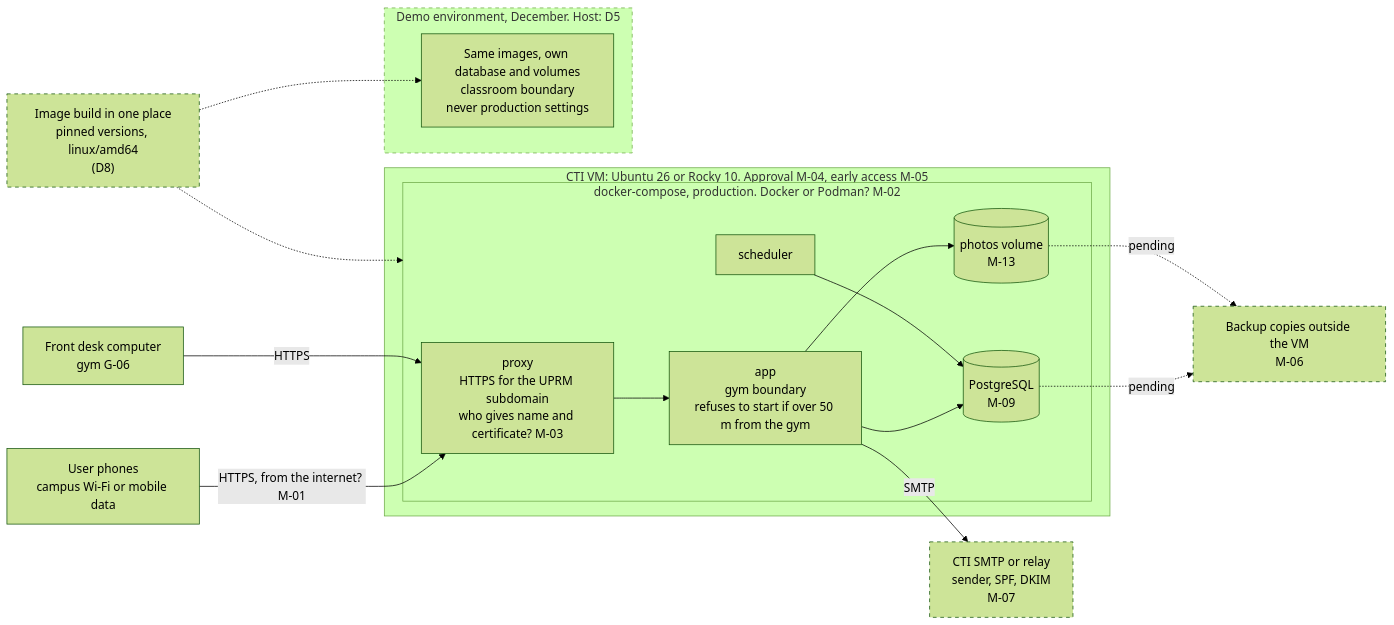
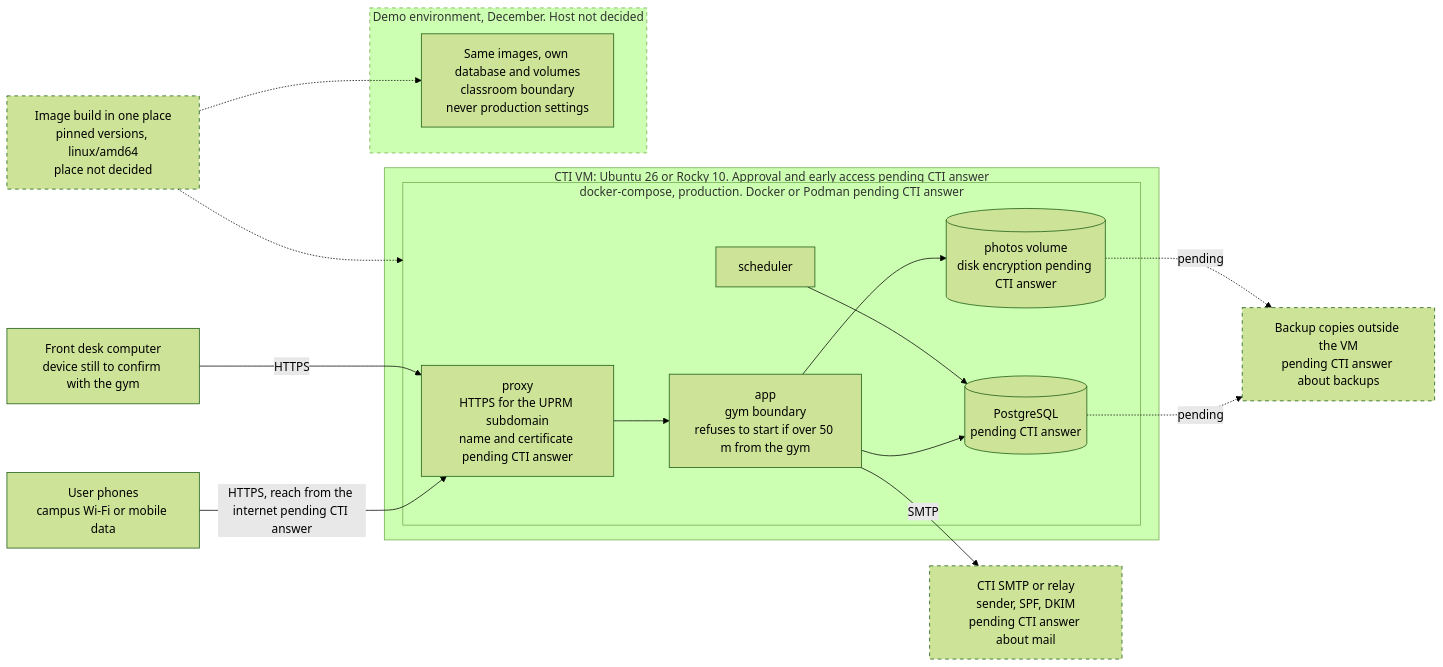
The fourth of 5 diagrams in docs/design/architecture.md (Th3-Minorities/natatorio-gym-app), drawn with Mermaid (forest theme) before and after one commit. The commit also changed other lines of this file, not shown here.

Commit message:
Label each architecture diagram and move IDs out of the diagrams

````diff
--- a/docs/design/architecture.md
+++ b/docs/design/architecture.md
@@ -132,38 +149,38 @@
 ```mermaid
 flowchart LR
   PHN["User phones<br/>campus Wi-Fi or mobile data"]
-  DESK["Front desk computer<br/>gym G-06"]
-  BUILD["Image build in one place<br/>pinned versions, linux/amd64<br/>(D8)"]
+  DESK["Front desk computer<br/>device still to confirm with the gym"]
+  BUILD["Image build in one place<br/>pinned versions, linux/amd64<br/>place not decided"]
 
-  subgraph VM["CTI VM: Ubuntu 26 or Rocky 10. Approval M-04, early access M-05"]
-    subgraph PROD["docker-compose, production. Docker or Podman? M-02"]
-      PX2["proxy<br/>HTTPS for the UPRM subdomain<br/>who gives name and certificate? M-03"]
+  subgraph VM["CTI VM: Ubuntu 26 or Rocky 10. Approval and early access pending CTI answer"]
+    subgraph PROD["docker-compose, production. Docker or Podman pending CTI answer"]
+      PX2["proxy<br/>HTTPS for the UPRM subdomain<br/>name and certificate pending CTI answer"]
       APP2["app<br/>gym boundary<br/>refuses to start if over 50 m from the gym"]
       SCH2["scheduler"]
-      DB2[("PostgreSQL<br/>M-09")]
-      PV2[("photos volume<br/>M-13")]
+      DB2[("PostgreSQL<br/>pending CTI answer")]
+      PV2[("photos volume<br/>disk encryption pending CTI answer")]
     end
   end
 
-  subgraph DEMO["Demo environment, December. Host: D5"]
+  subgraph DEMO["Demo environment, December. Host not decided"]
     DEMOAPP["Same images, own database and volumes<br/>classroom boundary<br/>never production settings"]
   end
 
-  SMTP["CTI SMTP or relay<br/>sender, SPF, DKIM<br/>M-07"]
-  BK2["Backup copies outside the VM<br/>M-06"]
+  SMTP["CTI SMTP or relay<br/>sender, SPF, DKIM<br/>pending CTI answer about mail"]
+  BK2["Backup copies outside the VM<br/>pending CTI answer about backups"]
 
-  PHN -->|"HTTPS, from the internet? M-01"| PX2
+  PHN -->|"HTTPS, reach from the internet pending CTI answer"| PX2
   DESK -->|"HTTPS"| PX2
   PX2 --> APP2
   APP2 --> DB2
   APP2 --> PV2
   SCH2 --> DB2
   APP2 -->|"SMTP"| SMTP
   DB2 -.->|"pending"| BK2
   PV2 -.->|"pending"| BK2
   BUILD -.-> PROD
   BUILD -.-> DEMOAPP
 
   classDef pending stroke-dasharray: 5 5
   class SMTP,BK2,BUILD,DEMO pending
 ```
````
